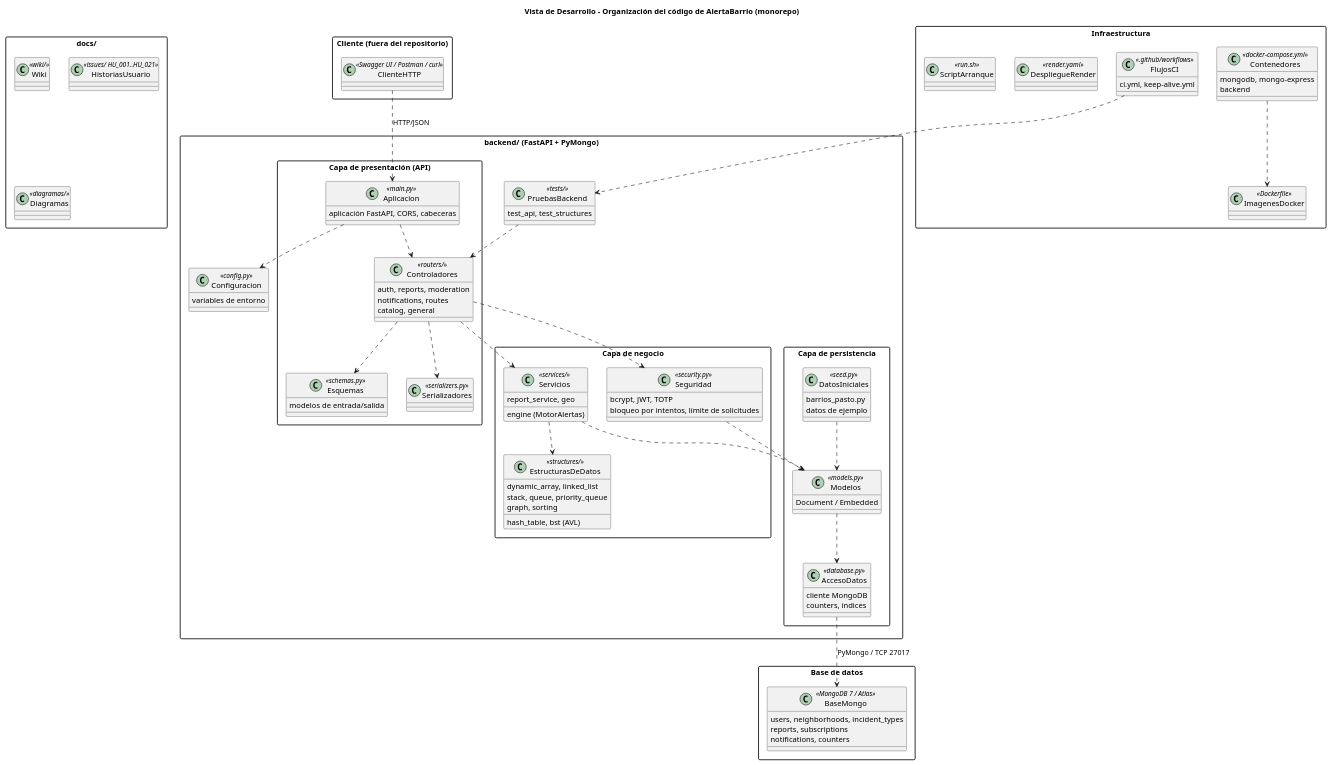
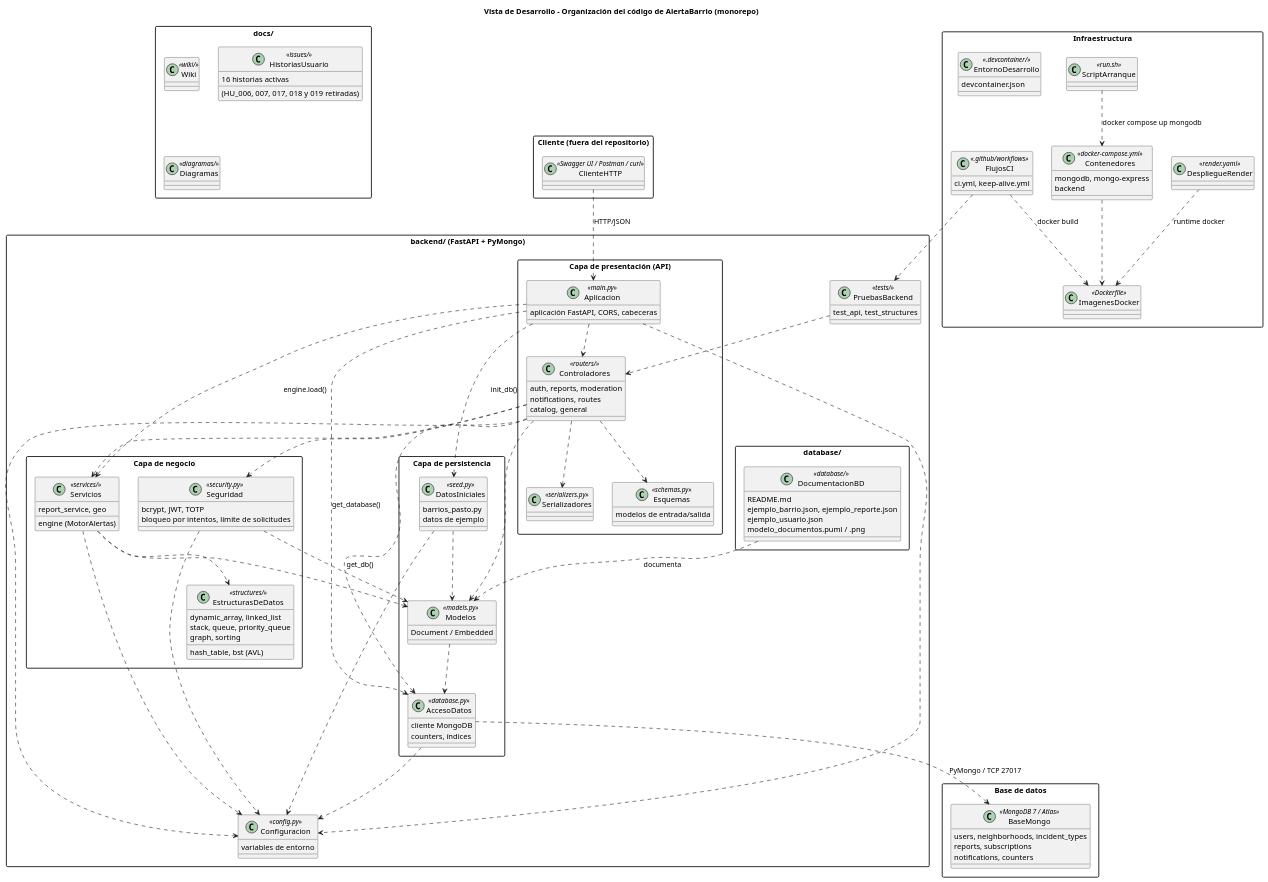
The diagram in docs/diagramas/4_vista_desarrollo.puml (neber18/AlertaBarrio-Diseno-de-Software), drawn with PlantUML before and after one commit. The commit also changed 2 other files, not shown here.

Commit message:
docs: vista de desarrollo con dependencias reales, database/ y .devcontainer

```diff
--- a/docs/diagramas/4_vista_desarrollo.puml
+++ b/docs/diagramas/4_vista_desarrollo.puml
@@ -1,104 +1,132 @@
 @startuml Vista_Desarrollo_AlertaBarrio
 title Vista de Desarrollo - Organización del código de AlertaBarrio (monorepo)
 skinparam packageStyle rectangle
 
 package "Cliente (fuera del repositorio)" {
   class ClienteHTTP <<Swagger UI / Postman / curl>>
 }
 
 package "backend/ (FastAPI + PyMongo)" {
   package "Capa de presentación (API)" {
     class Aplicacion <<main.py>> {
       aplicación FastAPI, CORS, cabeceras
     }
     class Controladores <<routers/>> {
       auth, reports, moderation
       notifications, routes
       catalog, general
     }
     class Esquemas <<schemas.py>> {
       modelos de entrada/salida
     }
     class Serializadores <<serializers.py>>
   }
   package "Capa de negocio" {
     class Seguridad <<security.py>> {
       bcrypt, JWT, TOTP
       bloqueo por intentos, límite de solicitudes
     }
     class Servicios <<services/>> {
       engine (MotorAlertas)
       report_service, geo
     }
     class EstructurasDeDatos <<structures/>> {
       dynamic_array, linked_list
       stack, queue, priority_queue
       hash_table, bst (AVL)
       graph, sorting
     }
   }
   package "Capa de persistencia" {
     class Modelos <<models.py>> {
       Document / Embedded
     }
     class AccesoDatos <<database.py>> {
       cliente MongoDB
       counters, índices
     }
     class DatosIniciales <<seed.py>> {
       barrios_pasto.py
       datos de ejemplo
     }
   }
   class Configuracion <<config.py>> {
     variables de entorno
   }
   class PruebasBackend <<tests/>> {
     test_api, test_structures
   }
+  package "database/" {
+    class DocumentacionBD <<database/>> {
+      README.md
+      ejemplo_barrio.json, ejemplo_reporte.json
+      ejemplo_usuario.json
+      modelo_documentos.puml / .png
+    }
+  }
 }
 
 package "Infraestructura" {
   class Contenedores <<docker-compose.yml>> {
     mongodb, mongo-express
     backend
   }
   class ImagenesDocker <<Dockerfile>>
   class FlujosCI <<.github/workflows>> {
     ci.yml, keep-alive.yml
   }
   class DespliegueRender <<render.yaml>>
   class ScriptArranque <<run.sh>>
+  class EntornoDesarrollo <<.devcontainer/>> {
+    devcontainer.json
+  }
 }
 
 package "docs/" {
   class Wiki <<wiki/>>
-  class HistoriasUsuario <<issues/ HU_001..HU_021>>
+  class HistoriasUsuario <<issues/>> {
+    16 historias activas
+    (HU_006, 007, 017, 018 y 019 retiradas)
+  }
   class Diagramas <<diagramas/>>
 }
 
 package "Base de datos" {
   class BaseMongo <<MongoDB 7 / Atlas>> {
     users, neighborhoods, incident_types
     reports, subscriptions
     notifications, counters
   }
 }
 
 ClienteHTTP ..> Aplicacion : HTTP/JSON
 Aplicacion ..> Controladores
 Aplicacion ..> Configuracion
+Aplicacion ..> DatosIniciales : init_db()
+Aplicacion ..> AccesoDatos : get_database()
+Aplicacion ..> Servicios : engine.load()
 Controladores ..> Esquemas
 Controladores ..> Serializadores
 Controladores ..> Seguridad
 Controladores ..> Servicios
+Controladores ..> Modelos
+Controladores ..> AccesoDatos : get_db()
+Controladores ..> Configuracion
 Servicios ..> EstructurasDeDatos
 Servicios ..> Modelos
 Seguridad ..> Modelos
+Seguridad ..> Configuracion
+Servicios ..> Configuracion
+AccesoDatos ..> Configuracion
+DatosIniciales ..> Configuracion
 Modelos ..> AccesoDatos
 DatosIniciales ..> Modelos
 AccesoDatos ..> BaseMongo : PyMongo / TCP 27017
 PruebasBackend ..> Controladores
 Contenedores ..> ImagenesDocker
 FlujosCI ..> PruebasBackend
+FlujosCI ..> ImagenesDocker : docker build
+DespliegueRender ..> ImagenesDocker : runtime docker
+ScriptArranque ..> Contenedores : docker compose up mongodb
+DocumentacionBD ..> Modelos : documenta
 @enduml
```
